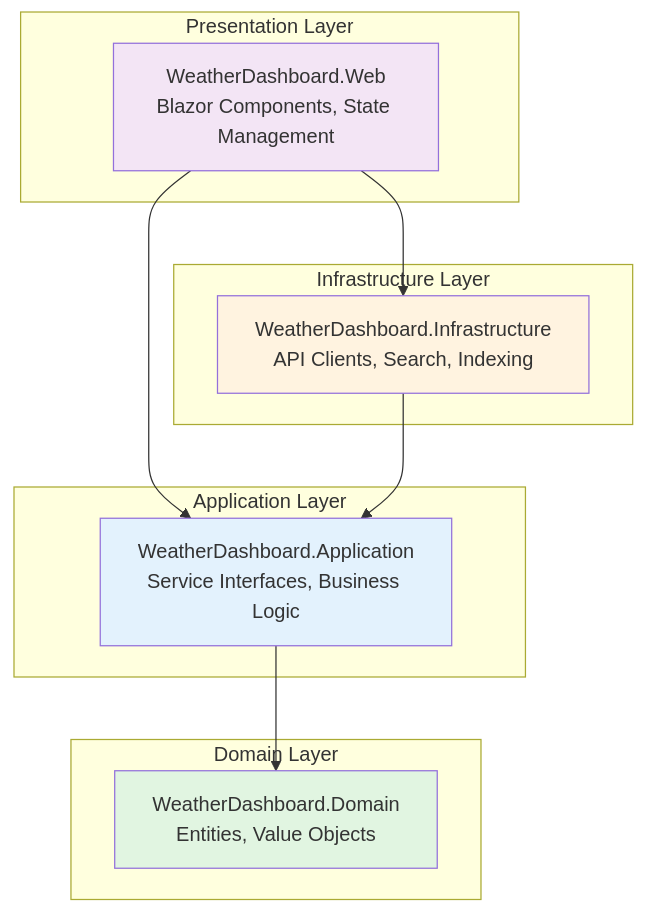
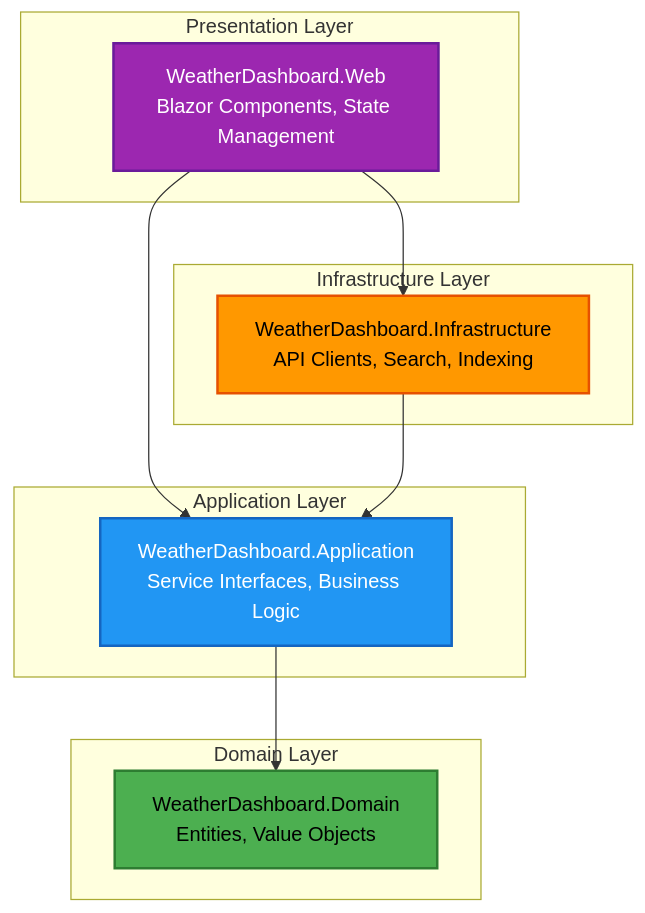
One commit to abrault-livefront/WeatherDashboard changed the first of 3 diagrams in README.md. Above: the diagram before and after it, drawn with Mermaid. The commit also changed other lines of this file, not shown here.

````diff
--- a/README.md
+++ b/README.md
@@ -204,28 +204,28 @@
 ```mermaid
 graph TB
     subgraph "Presentation Layer"
         Web[WeatherDashboard.Web<br/>Blazor Components, State Management]
     end
 
     subgraph "Infrastructure Layer"
         Infra[WeatherDashboard.Infrastructure<br/>API Clients, Search, Indexing]
     end
 
     subgraph "Application Layer"
         App[WeatherDashboard.Application<br/>Service Interfaces, Business Logic]
     end
 
     subgraph "Domain Layer"
         Domain[WeatherDashboard.Domain<br/>Entities, Value Objects]
     end
 
     Web --> App
     Web --> Infra
     Infra --> App
     App --> Domain
 
-    style Domain fill:#e1f5e1
-    style App fill:#e3f2fd
-    style Infra fill:#fff3e0
-    style Web fill:#f3e5f5
+    style Domain fill:#4caf50,stroke:#2e7d32,stroke-width:2px,color:#000
+    style App fill:#2196f3,stroke:#1565c0,stroke-width:2px,color:#fff
+    style Infra fill:#ff9800,stroke:#e65100,stroke-width:2px,color:#000
+    style Web fill:#9c27b0,stroke:#6a1b9a,stroke-width:2px,color:#fff
 ```
````
